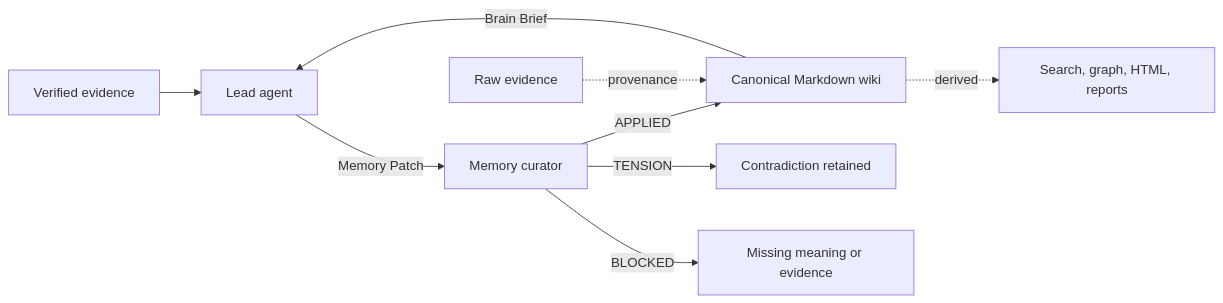
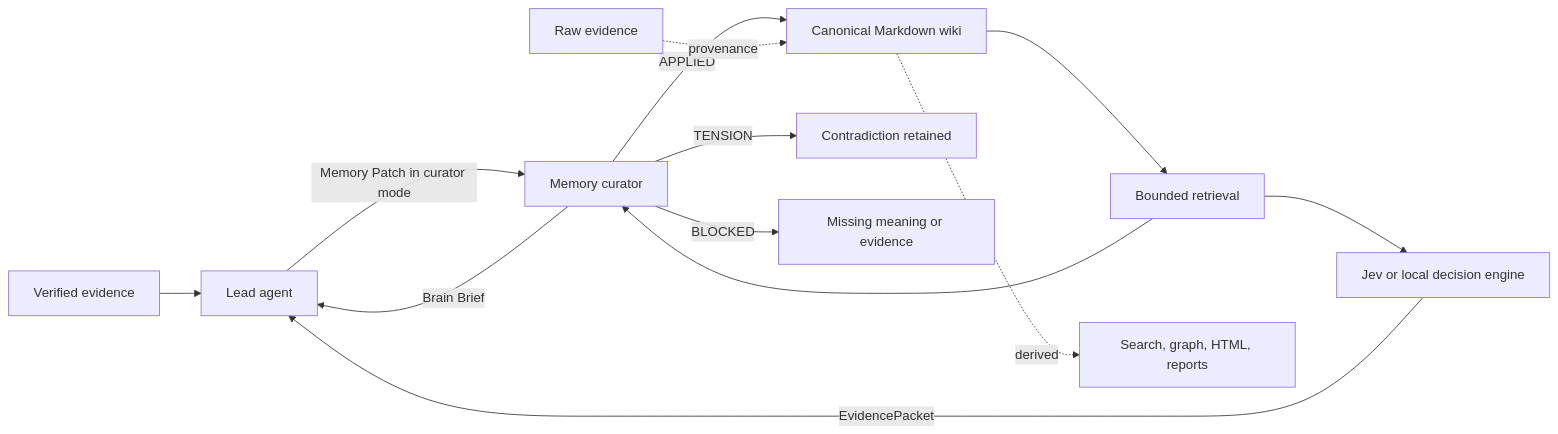
One commit to Grunte12/graphmory changed the diagram in README.md. Above: the diagram before and after it, drawn with Mermaid. The commit also changed other lines of this file and 91 other files, not shown here.

First line of the commit message:
feat: rebrand as Graphmory with managed decision retrieval

````diff
--- a/README.md
+++ b/README.md
@@ -28,11 +28,15 @@
 ```mermaid
 flowchart LR
   E[Verified evidence] --> O[Lead agent]
-  O -->|Memory Patch| C[Memory curator]
+  O -->|Memory Patch in curator mode| C[Memory curator]
   C -->|APPLIED| W[Canonical Markdown wiki]
   C -->|TENSION| T[Contradiction retained]
   C -->|BLOCKED| B[Missing meaning or evidence]
-  W -->|Brain Brief| O
+  W --> RCL[Bounded retrieval]
+  RCL --> C
+  RCL --> J[Jev or local decision engine]
+  C -->|Brain Brief| O
+  J -->|EvidencePacket| O
   R[Raw evidence] -. provenance .-> W
   W -. derived .-> D[Search, graph, HTML, reports]
 ```
````
